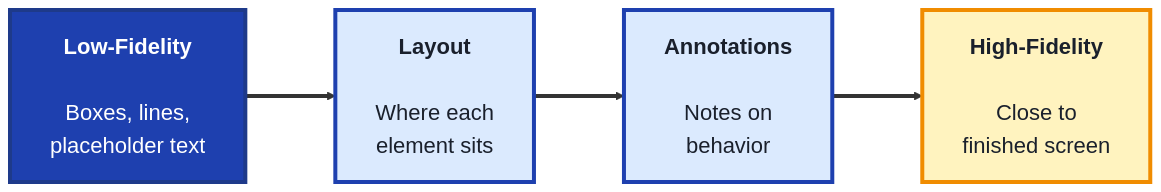
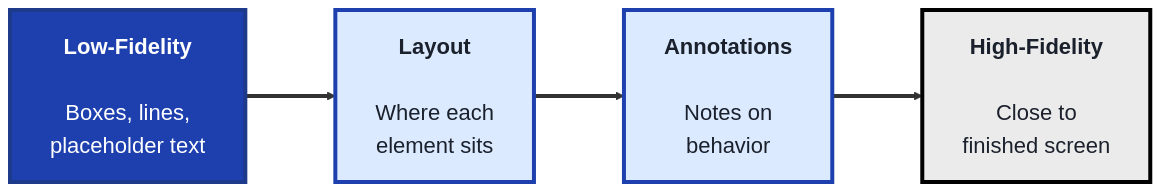
The first of 3 diagrams in src/Pages/courses/TechPO/product-design-module.md (SHEMODELTECH/shemodeltech), drawn with Mermaid before and after one commit. The commit also changed other lines of this file and 46 other files, not shown here.

````diff
--- a/src/Pages/courses/TechPO/product-design-module.md
+++ b/src/Pages/courses/TechPO/product-design-module.md
@@ -21,16 +21,16 @@
 ```mermaid
 %%{init: {'theme':'base', 'themeVariables': {'fontSize':'22px', 'primaryTextColor':'#1a202c', 'primaryBorderColor':'#1e40af', 'lineColor':'#333333'}, 'flowchart': {'nodeSpacing': 70, 'rankSpacing': 90, 'padding': 20}}}%%
 flowchart LR
     LF["<b>Low-Fidelity</b><br/><br/>Boxes, lines,<br/>placeholder text"]
     L["<b>Layout</b><br/><br/>Where each<br/>element sits"]
     A["<b>Annotations</b><br/><br/>Notes on<br/>behavior"]
     HF["<b>High-Fidelity</b><br/><br/>Close to<br/>finished screen"]
 
     LF ==> L ==> A ==> HF
 
     style LF fill:#1e40af,color:#fff,stroke:#1e3a8a,stroke-width:4px
     style L fill:#dbeafe,color:#1a202c,stroke:#1e40af,stroke-width:4px
     style A fill:#dbeafe,color:#1a202c,stroke:#1e40af,stroke-width:4px
-    style HF fill:#fff3bf,color:#1a202c,stroke:#f08c00,stroke-width:4px
+    style HF fill:#EBEBEB,color:#1a202c,stroke:#000000,stroke-width:4px
     linkStyle default stroke-width:4px,stroke:#333333
 ```
````
